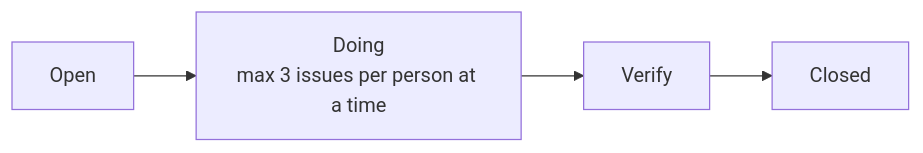
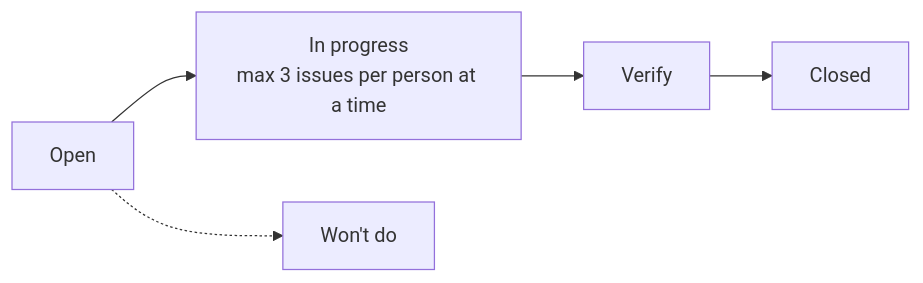
The second of 3 diagrams in docs/team/gitlabSetup.md (guruITA/connect-nine), drawn with Mermaid before and after one commit. The commit also changed other lines of this file and 4 other files, not shown here.

````diff
--- a/docs/team/gitlabSetup.md
+++ b/docs/team/gitlabSetup.md
@@ -83,4 +89,5 @@
 ```mermaid
 flowchart LR
-    O[Open] --> D["Doing<br/>max 3 issues per person at a time"] --> V[Verify] --> C[Closed]
+    O[Open] --> P["In progress<br/>max 3 issues per person at a time"] --> V[Verify] --> C[Closed]
+    O -.-> W["Won't do"]
 ```
````
